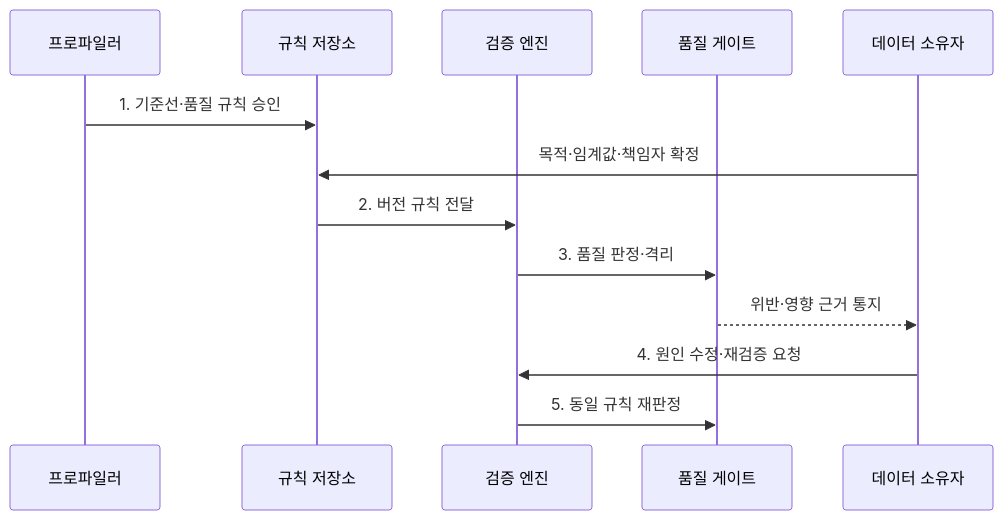
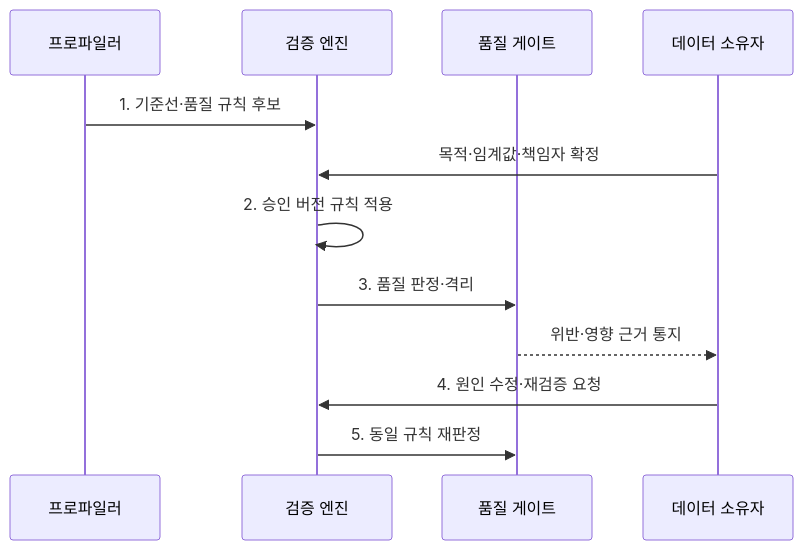
One commit to agnusdei1207/knowledge-base changed the second of 2 diagrams in src/content/docs/notes/03-software/137_data_quality_management.md. Above: the diagram before and after it, drawn with Mermaid. The commit also changed other lines of this file and 9 other files, not shown here.

Commit message:
Trim data engineering diagram actors

````diff
--- a/src/content/docs/notes/03-software/137_data_quality_management.md
+++ b/src/content/docs/notes/03-software/137_data_quality_management.md
@@ -98,15 +98,14 @@
 ```mermaid
 sequenceDiagram
     participant P as 프로파일러
-    participant R as 규칙 저장소
     participant V as 검증 엔진
     participant G as 품질 게이트
     participant O as 데이터 소유자
-    P->>R: 1. 기준선·품질 규칙 승인
-    O->>R: 목적·임계값·책임자 확정
-    R->>V: 2. 버전 규칙 전달
+    P->>V: 1. 기준선·품질 규칙 후보
+    O->>V: 목적·임계값·책임자 확정
+    V->>V: 2. 승인 버전 규칙 적용
     V->>G: 3. 품질 판정·격리
     G-->>O: 위반·영향 근거 통지
     O->>V: 4. 원인 수정·재검증 요청
     V->>G: 5. 동일 규칙 재판정
 ```
````
